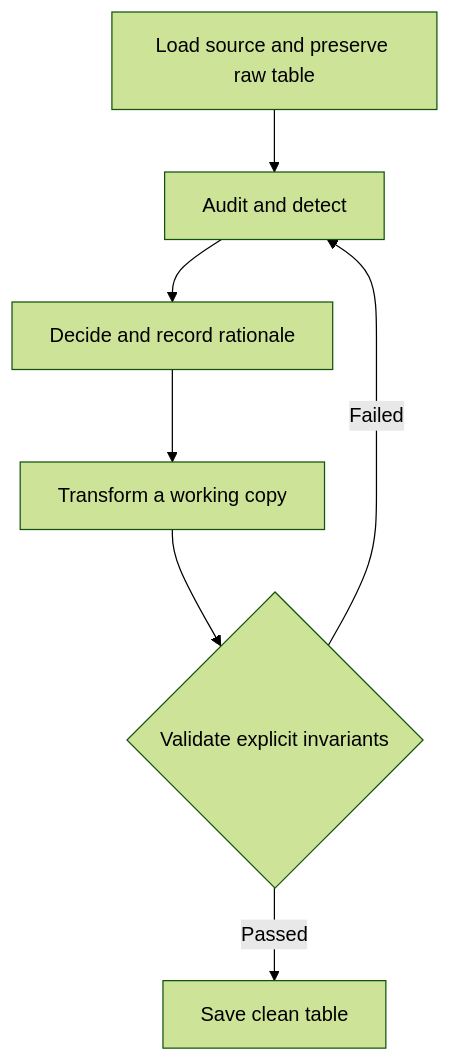
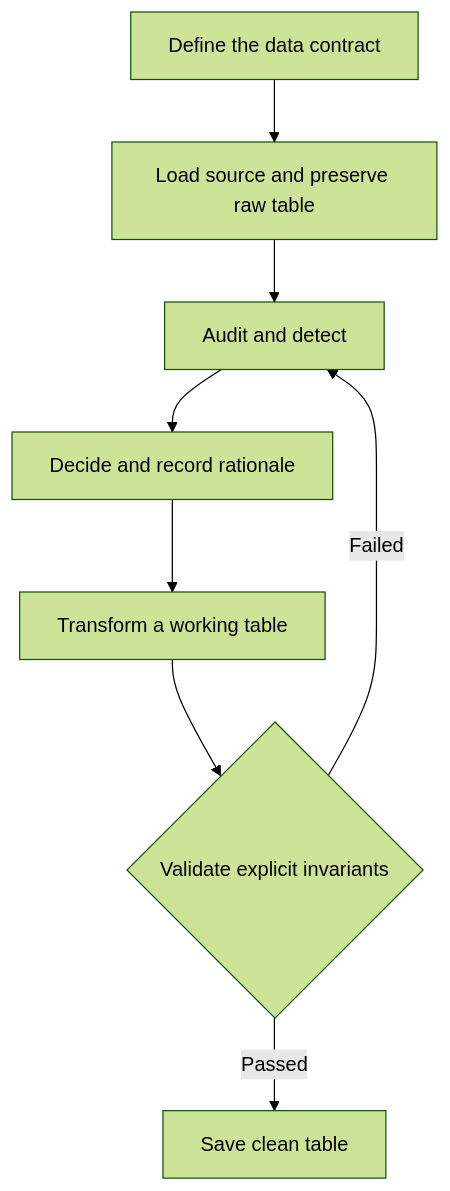
One commit to christopherseaman/datasci_217 changed the diagram in 05/README.md. Above: the diagram before and after it, drawn with Mermaid (forest theme). The commit also changed other lines of this file and 19 other files, not shown here.

````diff
--- a/05/README.md
+++ b/05/README.md
@@ -669,9 +611,10 @@
 ```mermaid
 graph TD
-    A[Load source and preserve raw table] --> B[Audit and detect]
-    B --> C[Decide and record rationale]
-    C --> D[Transform a working copy]
-    D --> E{Validate explicit invariants}
-    E -->|Failed| B
-    E -->|Passed| F[Save clean table]
+    A[Define the data contract] --> B[Load source and preserve raw table]
+    B --> C[Audit and detect]
+    C --> D[Decide and record rationale]
+    D --> E[Transform a working table]
+    E --> F{Validate explicit invariants}
+    F -->|Failed| C
+    F -->|Passed| G[Save clean table]
 ```
````
